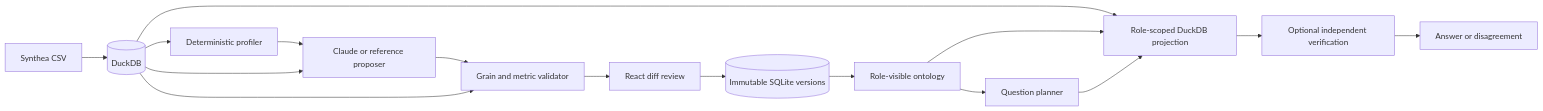
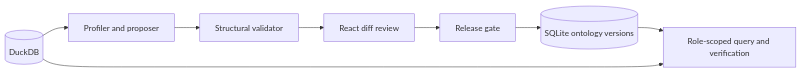
One commit to jalenjenkins/ontology-proposer changed the diagram in README.md. Above: the diagram before and after it, drawn with Mermaid. The commit also changed other lines of this file and 4 other files, not shown here.

Commit message:
Lead with the investment release gate walkthrough

````diff
--- a/README.md
+++ b/README.md
@@ -7,18 +39,10 @@
 ```mermaid
 flowchart LR
-    CSV[Synthea CSV] --> DB[(DuckDB)]
-    DB --> P[Deterministic profiler]
-    P --> A[Claude or reference proposer]
-    DB --> A
-    A --> V[Grain and metric validator]
-    DB --> V
+    DB[(DuckDB)] --> P[Profiler and proposer]
+    P --> V[Structural validator]
     V --> R[React diff review]
-    R --> S[(Immutable SQLite versions)]
-    S --> O[Role-visible ontology]
-    DB --> D[Role-scoped DuckDB projection]
-    O --> D
-    O --> Q[Question planner]
-    Q --> D
-    D --> X[Optional independent verification]
-    X --> E[Answer or disagreement]
+    R --> G[Release gate]
+    G --> S[(SQLite ontology versions)]
+    S --> Q[Role-scoped query and verification]
+    DB --> Q
 ```
````
